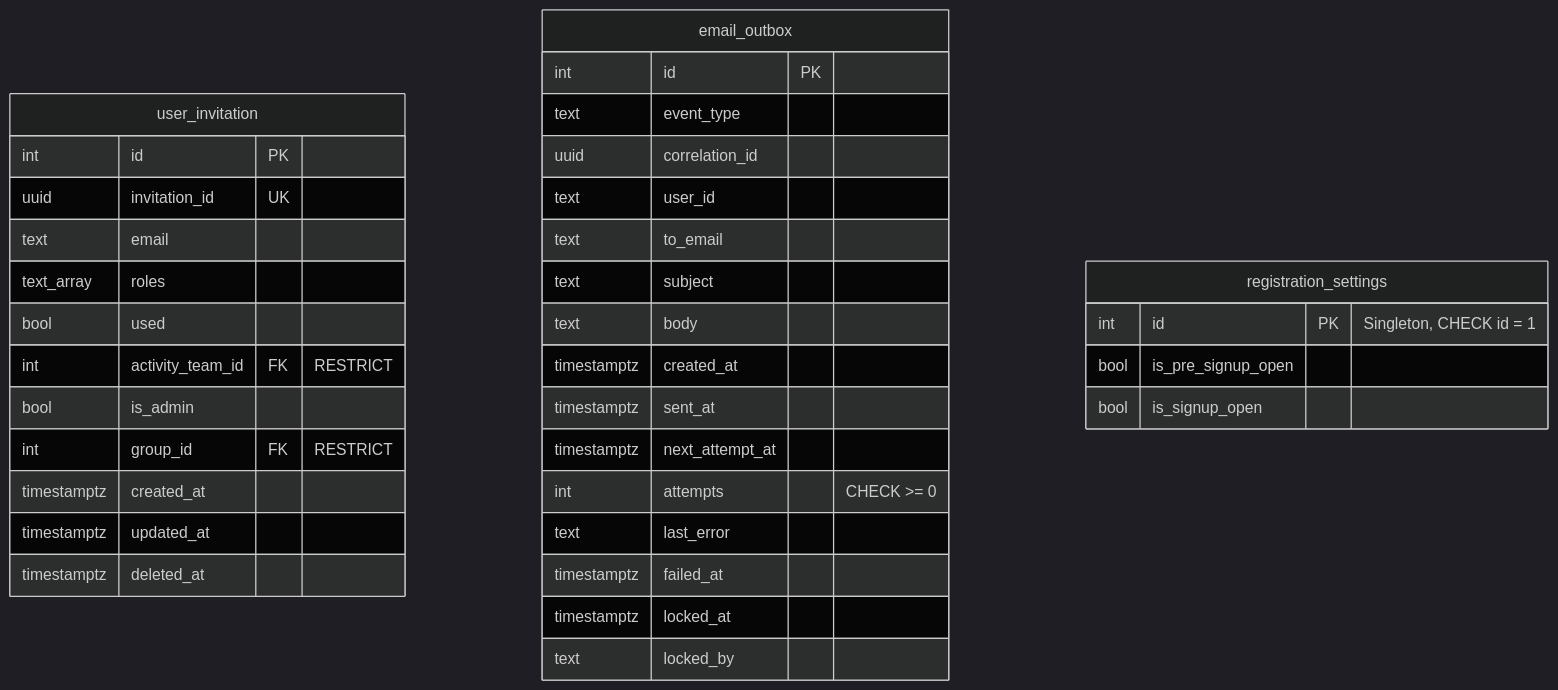
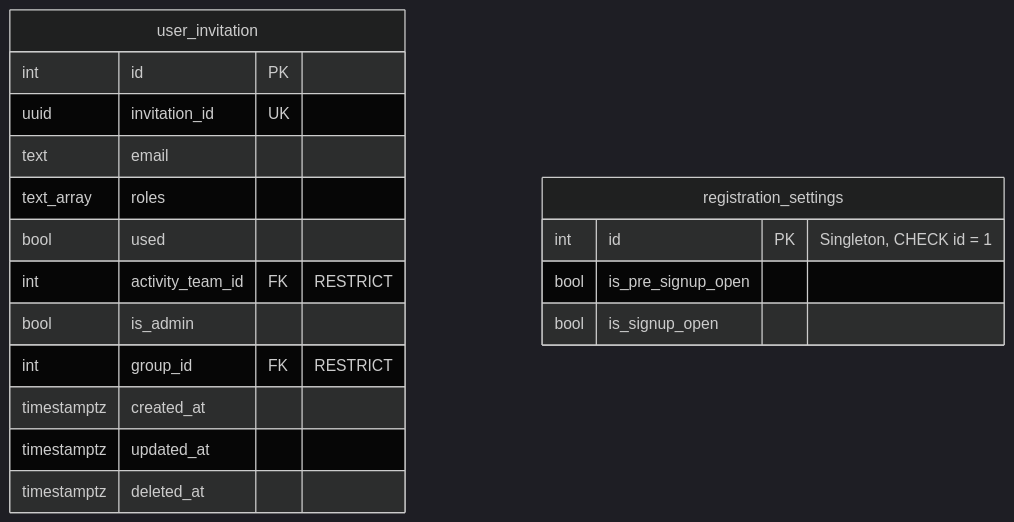
Before and after one commit to smallbenji/DS28-website: the third of 5 diagrams in docs/database.md, drawn with Mermaid (dark theme). The commit also changed other lines of this file and 27 other files, not shown here.

Commit message:
Send mails som Hangfire-jobs og fjern email_outbox

````diff
--- a/docs/database.md
+++ b/docs/database.md
@@ -250,40 +250,22 @@
 ```mermaid
 erDiagram
     user_invitation {
         int id PK
         uuid invitation_id UK
         text email
         text_array roles
         bool used
         int activity_team_id FK "RESTRICT"
         bool is_admin
         int group_id FK "RESTRICT"
         timestamptz created_at
         timestamptz updated_at
         timestamptz deleted_at
     }
 
-    email_outbox {
-        int id PK
-        text event_type
-        uuid correlation_id
-        text user_id
-        text to_email
-        text subject
-        text body
-        timestamptz created_at
-        timestamptz sent_at
-        timestamptz next_attempt_at
-        int attempts "CHECK >= 0"
-        text last_error
-        timestamptz failed_at
-        timestamptz locked_at
-        text locked_by
-    }
-
     registration_settings {
         int id PK "Singleton, CHECK id = 1"
         bool is_pre_signup_open
         bool is_signup_open
     }
 ```
````
